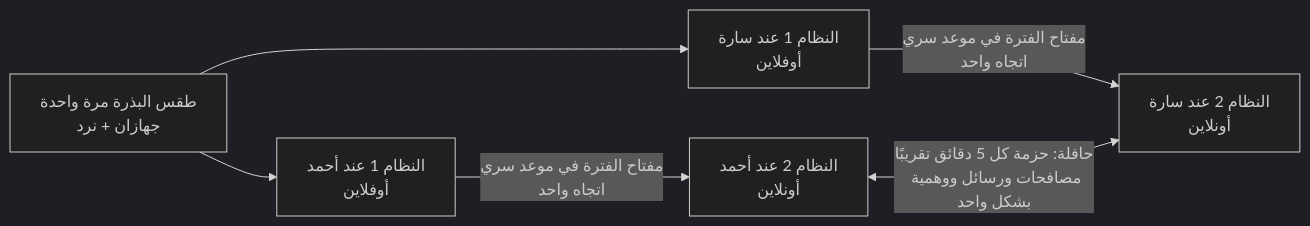
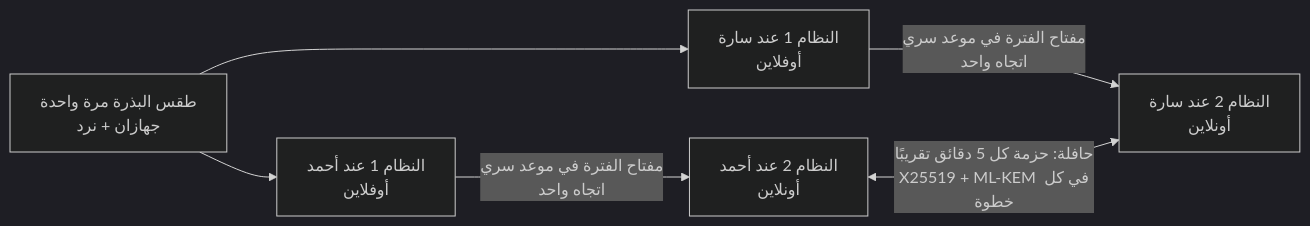
The diagram in synced-key-rotation/README.md (abdou07mm-spec/Abderrezak-gridi-), drawn with Mermaid (dark theme) before and after one commit. The commit also changed other lines of this file and 5 other files, not shown here.

````diff
--- a/synced-key-rotation/README.md
+++ b/synced-key-rotation/README.md
@@ -170,9 +198,9 @@
 ```mermaid
 flowchart LR
     M[طقس البذرة مرة واحدة<br/>جهازان + نرد]
     M --> V1[النظام 1 عند أحمد<br/>أوفلاين]
     M --> V2[النظام 1 عند سارة<br/>أوفلاين]
     V1 -->|"مفتاح الفترة في موعد سري<br/>اتجاه واحد"| N1[النظام 2 عند أحمد<br/>أونلاين]
     V2 -->|"مفتاح الفترة في موعد سري<br/>اتجاه واحد"| N2[النظام 2 عند سارة<br/>أونلاين]
-    N1 <-->|"حافلة: حزمة كل 5 دقائق تقريبًا<br/>مصافحات ورسائل ووهمية بشكل واحد"| N2
+    N1 <-->|"حافلة: حزمة كل 5 دقائق تقريبًا<br/>X25519 + ML-KEM في كل خطوة"| N2
 ```
````
